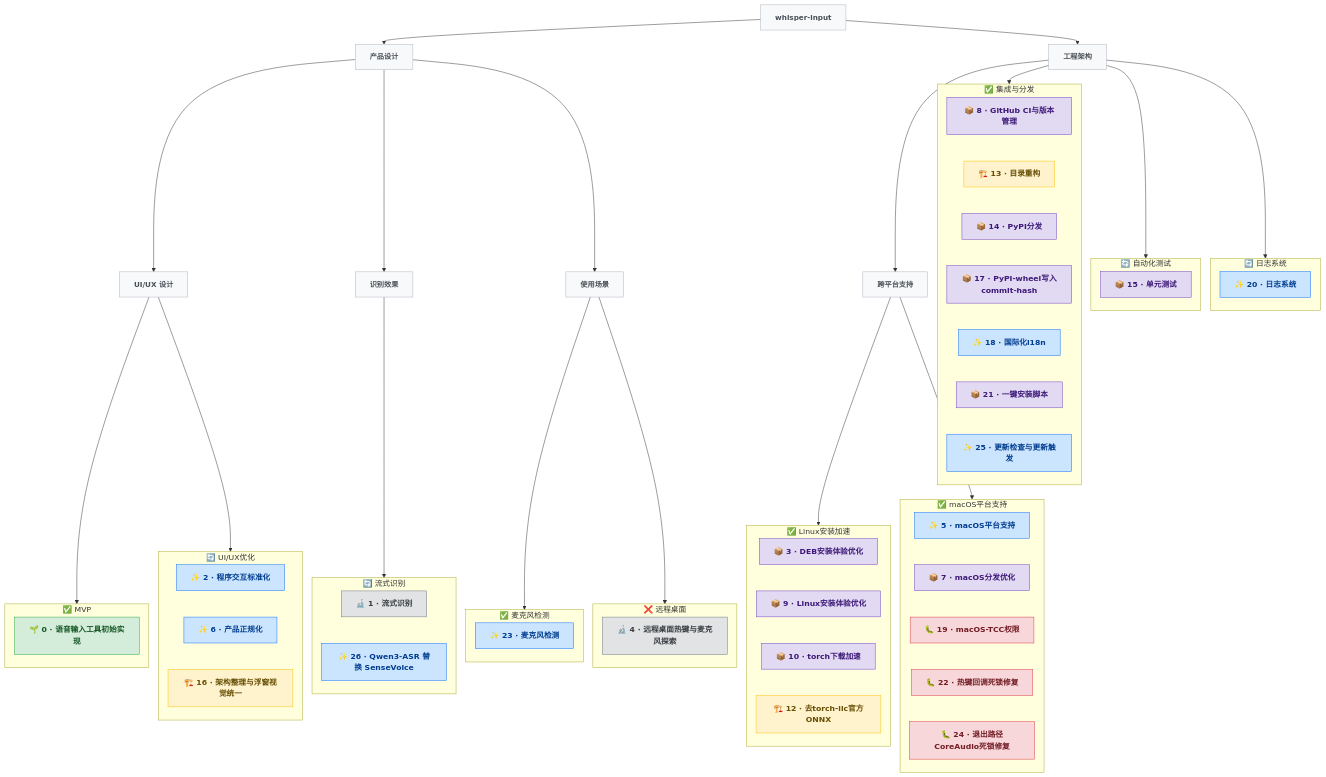
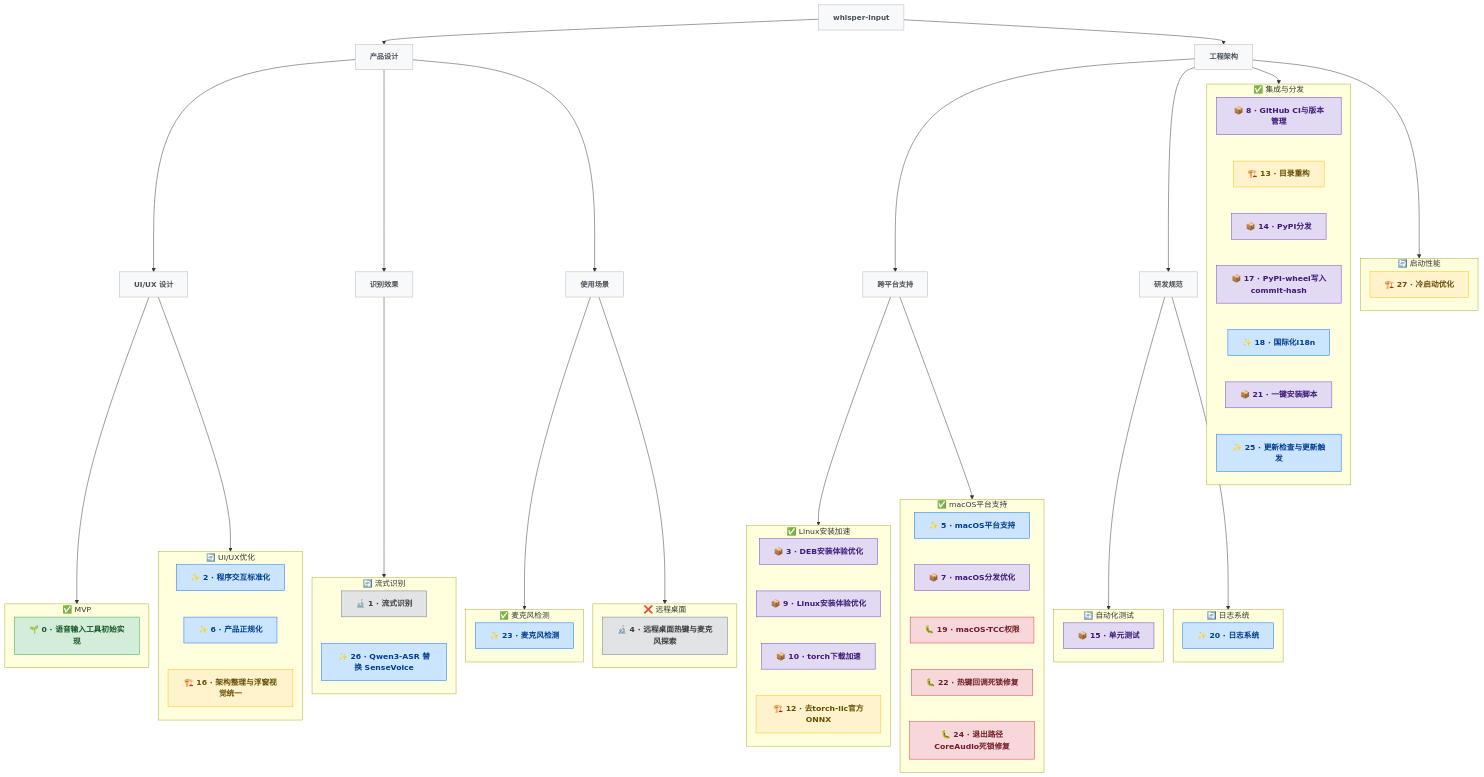
The diagram in docs/DEVTREE.md (pkulijing/whisper-input), drawn with Mermaid before and after one commit. The commit also changed other lines of this file and 9 other files, not shown here.

````diff
--- a/docs/DEVTREE.md
+++ b/docs/DEVTREE.md
@@ -36,8 +36,11 @@
 
   ea --> cross["跨平台支持"]:::epic
   ea --> e_dist
-  ea --> e_test
-  ea --> e_log
+  ea --> e_startup
+  ea --> devprocess["研发规范"]:::epic
+
+  devprocess --> e_test
+  devprocess --> e_log
 
   cross --> e_linux
   cross --> e_macos
@@ -131,4 +134,9 @@
     direction TB
     N20["✨ 20 · 日志系统"]:::feature
   end
+
+  subgraph e_startup["🔄 启动性能"]
+    direction TB
+    N27["🏗️ 27 · 冷启动优化"]:::refactor
+  end
 ```
````
